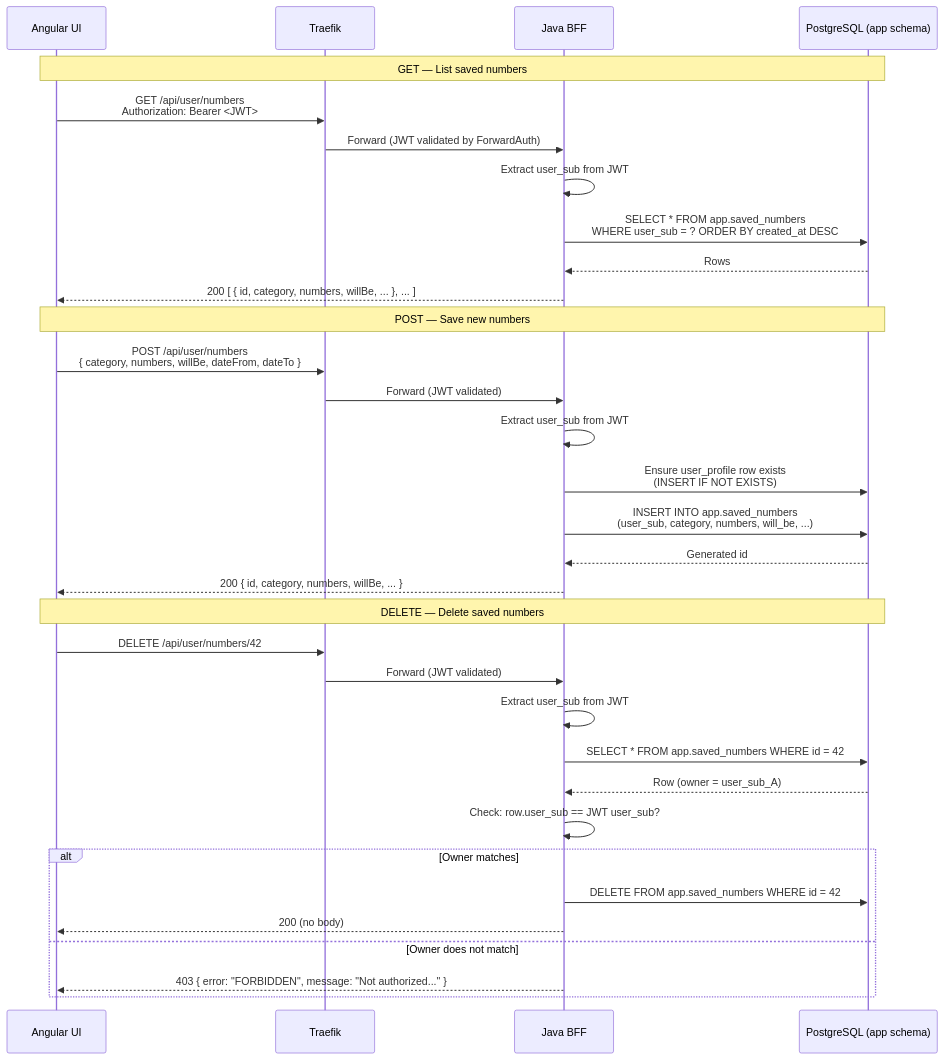
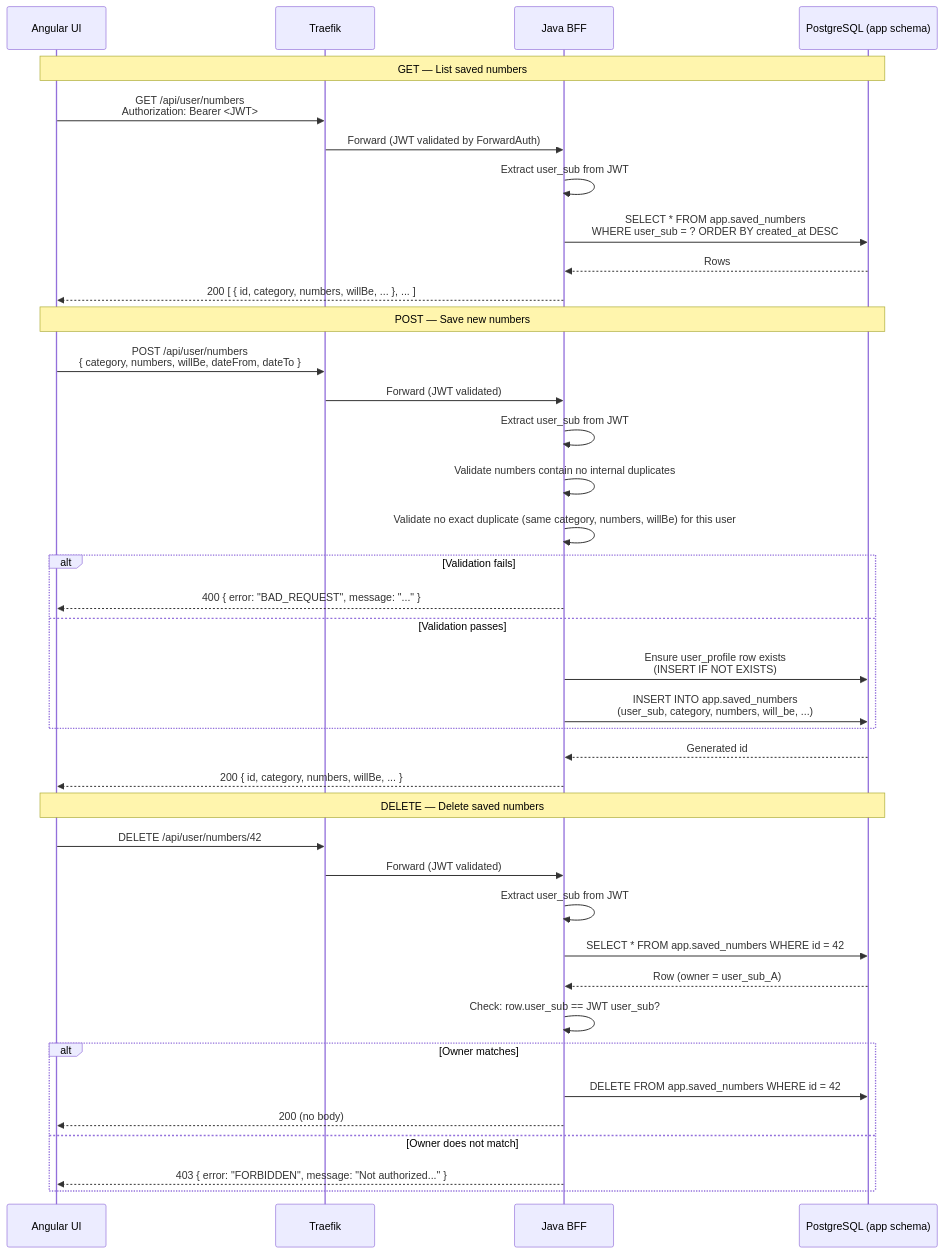
The second of 6 diagrams in docs/FLOWS.md (lihai1/statistiloto-server), drawn with Mermaid before and after one commit. The commit also changed other lines of this file and 3 other files, not shown here.

````diff
--- a/docs/FLOWS.md
+++ b/docs/FLOWS.md
@@ -30,38 +30,44 @@
 ```mermaid
 sequenceDiagram
     participant UI as Angular UI
     participant TR as Traefik
     participant BFF as Java BFF
     participant DB as PostgreSQL (app schema)
 
     Note over UI,DB: GET — List saved numbers
     UI->>TR: GET /api/user/numbers<br/>Authorization: Bearer <JWT>
     TR->>BFF: Forward (JWT validated by ForwardAuth)
     BFF->>BFF: Extract user_sub from JWT
     BFF->>DB: SELECT * FROM app.saved_numbers<br/>WHERE user_sub = ? ORDER BY created_at DESC
     DB-->>BFF: Rows
     BFF-->>UI: 200 [ { id, category, numbers, willBe, ... }, ... ]
 
     Note over UI,DB: POST — Save new numbers
     UI->>TR: POST /api/user/numbers<br/>{ category, numbers, willBe, dateFrom, dateTo }
     TR->>BFF: Forward (JWT validated)
     BFF->>BFF: Extract user_sub from JWT
-    BFF->>DB: Ensure user_profile row exists<br/>(INSERT IF NOT EXISTS)
-    BFF->>DB: INSERT INTO app.saved_numbers<br/>(user_sub, category, numbers, will_be, ...)
+    BFF->>BFF: Validate numbers contain no internal duplicates
+    BFF->>BFF: Validate no exact duplicate (same category, numbers, willBe) for this user
+    alt Validation fails
+        BFF-->>UI: 400 { error: "BAD_REQUEST", message: "..." }
+    else Validation passes
+        BFF->>DB: Ensure user_profile row exists<br/>(INSERT IF NOT EXISTS)
+        BFF->>DB: INSERT INTO app.saved_numbers<br/>(user_sub, category, numbers, will_be, ...)
+    end
     DB-->>BFF: Generated id
     BFF-->>UI: 200 { id, category, numbers, willBe, ... }
 
     Note over UI,DB: DELETE — Delete saved numbers
     UI->>TR: DELETE /api/user/numbers/42
     TR->>BFF: Forward (JWT validated)
     BFF->>BFF: Extract user_sub from JWT
     BFF->>DB: SELECT * FROM app.saved_numbers WHERE id = 42
     DB-->>BFF: Row (owner = user_sub_A)
     BFF->>BFF: Check: row.user_sub == JWT user_sub?
     alt Owner matches
         BFF->>DB: DELETE FROM app.saved_numbers WHERE id = 42
         BFF-->>UI: 200 (no body)
     else Owner does not match
         BFF-->>UI: 403 { error: "FORBIDDEN", message: "Not authorized..." }
     end
 ```
````
